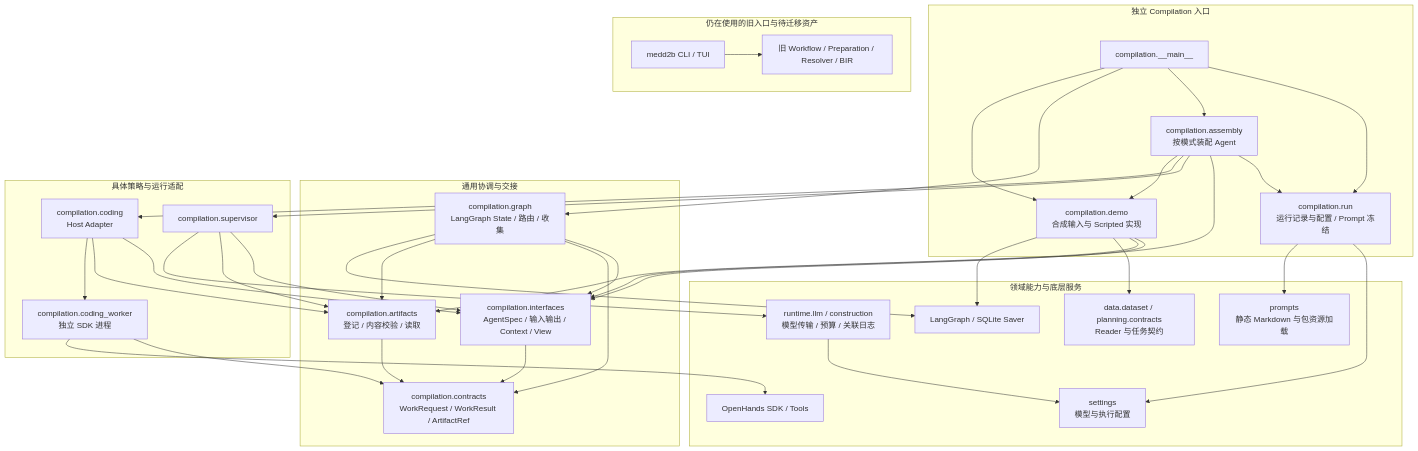
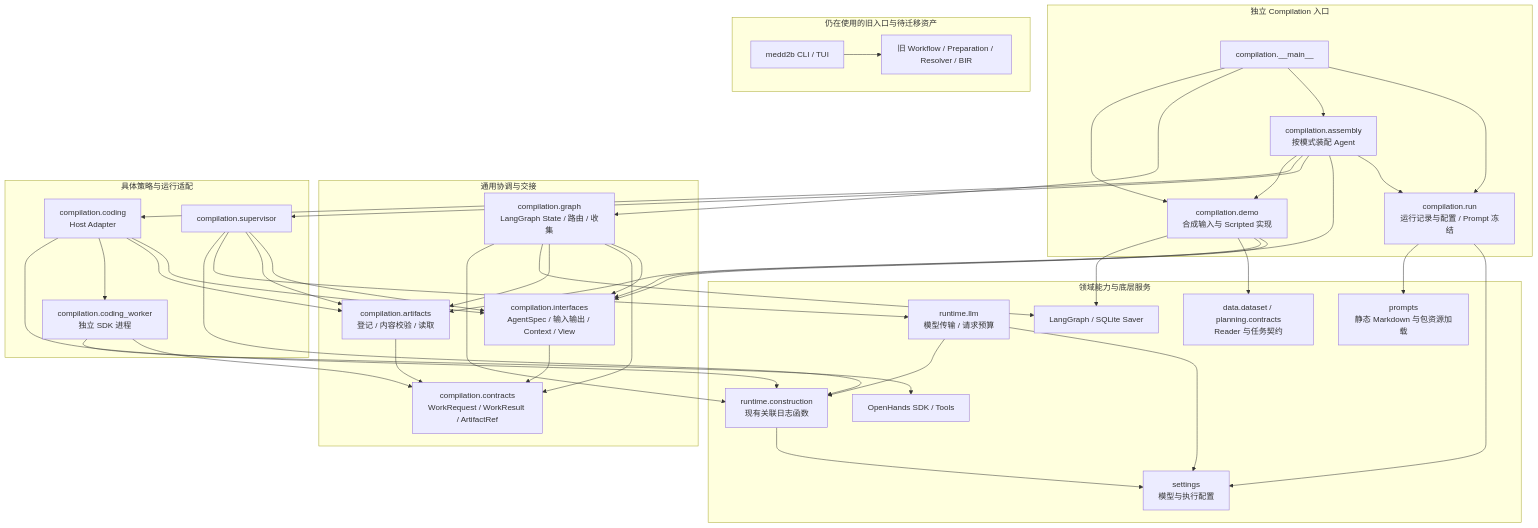
One commit to fly233338/MedBenchAgent changed the first of 3 diagrams in docs/ARCHITECTURE.md. Above: the diagram before and after it, drawn with Mermaid. The commit also changed other lines of this file and 16 other files, not shown here.

````diff
--- a/docs/ARCHITECTURE.md
+++ b/docs/ARCHITECTURE.md
@@ -11,42 +11,44 @@
 ```mermaid
 flowchart TB
     subgraph Entry[独立 Compilation 入口]
         CLI[compilation.__main__]
         Run[compilation.run<br/>运行记录与配置 / Prompt 冻结]
         Assembly[compilation.assembly<br/>按模式装配 Agent]
         Demo[compilation.demo<br/>合成输入与 Scripted 实现]
     end
     subgraph Core[通用协调与交接]
         Graph[compilation.graph<br/>LangGraph State / 路由 / 收集]
         Interfaces[compilation.interfaces<br/>AgentSpec / 输入输出 / Context / View]
         Contracts[compilation.contracts<br/>WorkRequest / WorkResult / ArtifactRef]
         Artifacts[compilation.artifacts<br/>登记 / 内容校验 / 读取]
     end
     subgraph Agents[具体策略与运行适配]
         Supervisor[compilation.supervisor]
         Coding[compilation.coding<br/>Host Adapter]
         Worker[compilation.coding_worker<br/>独立 SDK 进程]
     end
     subgraph Services[领域能力与底层服务]
         Prompts[prompts<br/>静态 Markdown 与包资源加载]
         Settings[settings<br/>模型与执行配置]
-        LLM[runtime.llm / construction<br/>模型传输 / 预算 / 关联日志]
+        LLM[runtime.llm<br/>模型传输 / 请求预算]
+        Logs[runtime.construction<br/>现有关联日志函数]
         Data[data.dataset / planning.contracts<br/>Reader 与任务契约]
         SDK[OpenHands SDK / Tools]
         LG[LangGraph / SQLite Saver]
     end
     CLI --> Run & Assembly & Graph & Demo
     Run --> Settings & Prompts
     Assembly --> Run & Interfaces & Supervisor & Coding & Demo
-    Graph --> Interfaces & Contracts & Artifacts & LG
+    Graph --> Interfaces & Contracts & Artifacts & LG & Logs
     Interfaces --> Contracts
     Artifacts --> Contracts
-    Supervisor --> Interfaces & Artifacts & LLM
-    Coding --> Interfaces & Artifacts & Worker
+    Supervisor --> Interfaces & Artifacts & LLM & Logs
+    Coding --> Interfaces & Artifacts & Worker & Logs
     Worker --> Contracts & SDK
     Demo --> Interfaces & Artifacts & Data & LG
-    LLM --> Settings
+    LLM --> Settings & Logs
+    Logs --> Settings
     subgraph Legacy[仍在使用的旧入口与待迁移资产]
         OldCLI[medd2b CLI / TUI] --> Workflow[旧 Workflow / Preparation / Resolver / BIR]
     end
 ```
````
